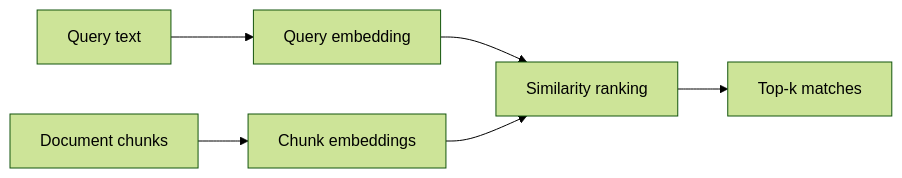
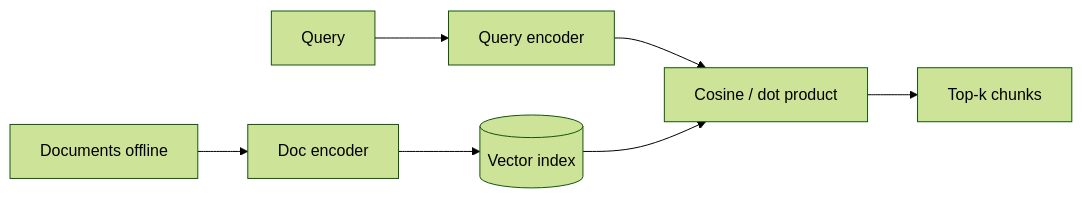
One commit to satishify/BackBenchLearner changed the diagram in content/genai/module-2-prompting-rag/session-7-retrieval-engineering/01-dense-embeddings-and-bi-encoders.md. Above: the diagram before and after it, drawn with Mermaid (forest theme). The commit also changed other lines of this file and 199 other files, not shown here.

````diff
--- a/content/genai/module-2-prompting-rag/session-7-retrieval-engineering/01-dense-embeddings-and-bi-encoders.md
+++ b/content/genai/module-2-prompting-rag/session-7-retrieval-engineering/01-dense-embeddings-and-bi-encoders.md
@@ -14,8 +20,9 @@
 ```mermaid
 flowchart LR
-  Q[Query text] --> QE[Query embedding]
-  D[Document chunks] --> DE[Chunk embeddings]
-  QE --> S[Similarity ranking]
-  DE --> S
-  S --> T[Top-k matches]
+  Q[Query] --> QE[Query encoder]
+  D[Documents offline] --> DE[Doc encoder]
+  DE --> I[(Vector index)]
+  QE --> S[Cosine / dot product]
+  I --> S
+  S --> T[Top-k chunks]
 ```
````
